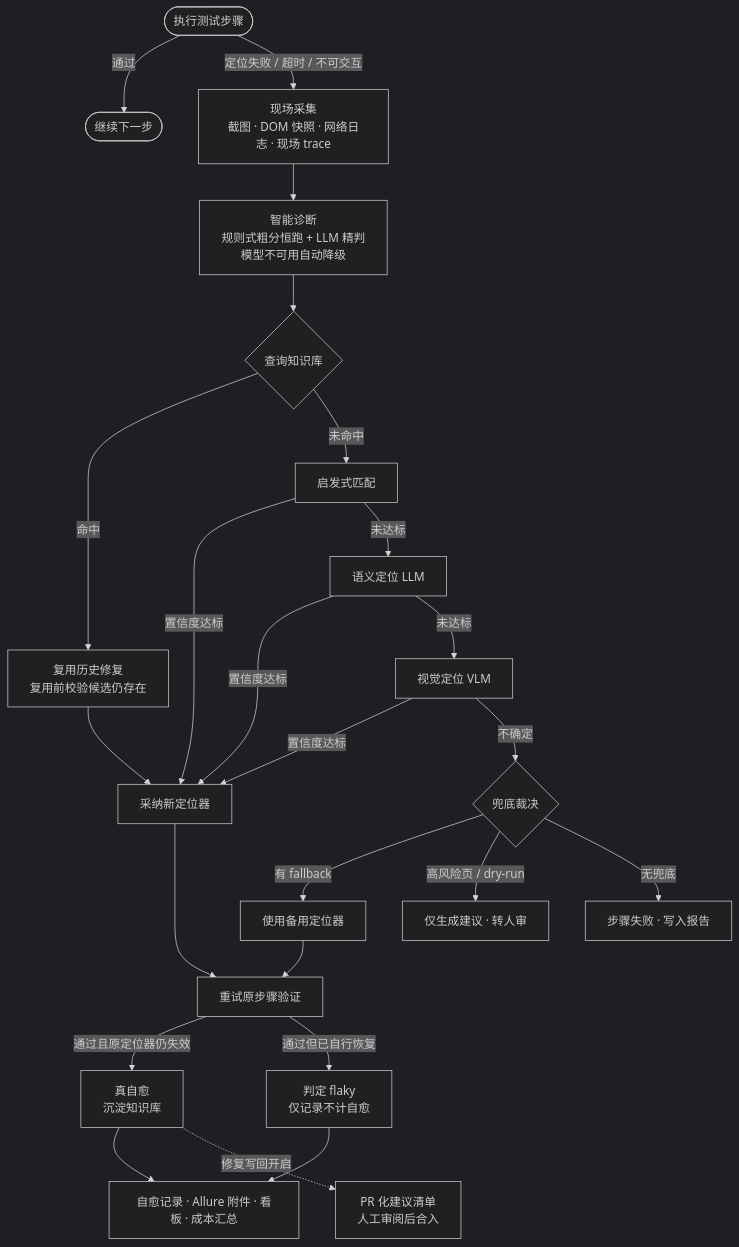
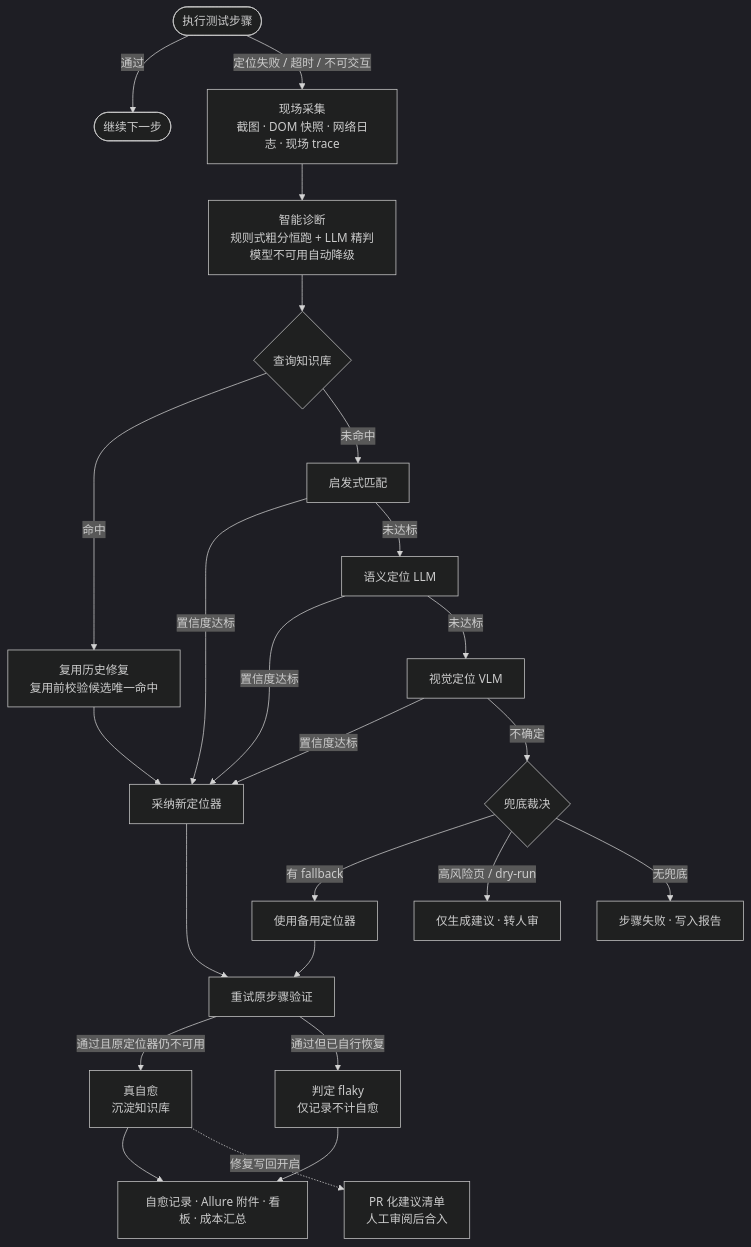
The diagram in README.md (Testamentt/Auto_UITest_SelfHeal), drawn with Mermaid (dark theme) before and after one commit. The commit also changed other lines of this file and 7 other files, not shown here.

````diff
--- a/README.md
+++ b/README.md
@@ -90,26 +90,26 @@
 ```mermaid
 flowchart TD
     A([执行测试步骤]) -->|通过| B([继续下一步])
     A -->|定位失败 / 超时 / 不可交互| C["现场采集<br>截图 · DOM 快照 · 网络日志 · 现场 trace"]
     C --> D["智能诊断<br>规则式粗分恒跑 + LLM 精判<br>模型不可用自动降级"]
     D --> E{查询知识库}
-    E -->|命中| G["复用历史修复<br>复用前校验候选仍存在"]
+    E -->|命中| G["复用历史修复<br>复用前校验候选唯一命中"]
     E -->|未命中| F["启发式匹配"]
     F -->|置信度达标| H["采纳新定位器"]
     F -->|未达标| I["语义定位 LLM"]
     I -->|置信度达标| H
     I -->|未达标| J["视觉定位 VLM"]
     J -->|置信度达标| H
     J -->|不确定| K{兜底裁决}
     K -->|有 fallback| L["使用备用定位器"]
     K -->|高风险页 / dry-run| M["仅生成建议 · 转人审"]
     K -->|无兜底| N["步骤失败 · 写入报告"]
     G --> H
     L --> O["重试原步骤验证"]
     H --> O
-    O -->|通过且原定位器仍失效| P["真自愈<br>沉淀知识库"]
+    O -->|通过且原定位器仍不可用| P["真自愈<br>沉淀知识库"]
     O -->|通过但已自行恢复| Q["判定 flaky<br>仅记录不计自愈"]
     P --> R["自愈记录 · Allure 附件 · 看板 · 成本汇总"]
     Q --> R
     P -.->|修复写回开启| S["PR 化建议清单<br>人工审阅后合入"]
 ```
````
